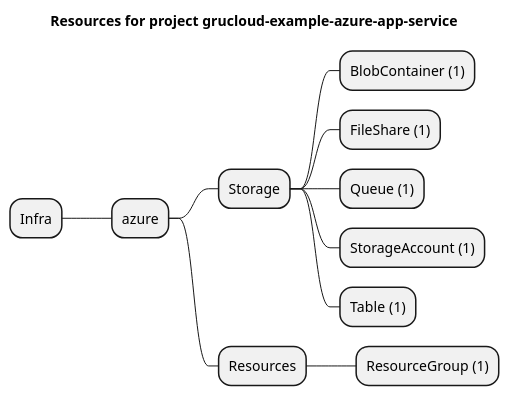
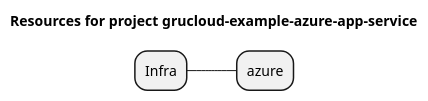
The diagram in examples/azure/Web/appService/artifacts/resources-mindmap.puml (grucloud/grucloud), drawn with PlantUML before and after one commit. The commit also changed 280 other files, not shown here.

```diff
--- a/examples/azure/Web/appService/artifacts/resources-mindmap.puml
+++ b/examples/azure/Web/appService/artifacts/resources-mindmap.puml
@@ -1,14 +1,7 @@
 @startmindmap
 title Resources for project grucloud-example-azure-app-service
 skinparam monochrome true
 + Infra
 ++ azure
-+++ Storage
-++++ BlobContainer (1)
-++++ FileShare (1)
-++++ Queue (1)
-++++ StorageAccount (1)
-++++ Table (1)
-+++ Resources
-++++ ResourceGroup (1)
+
 @endmindmap
```
